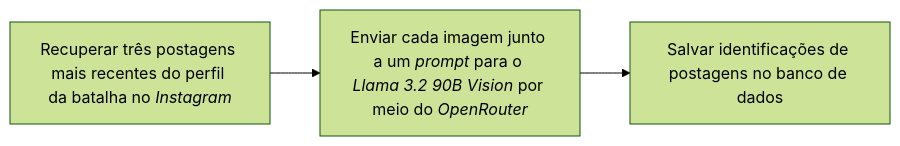
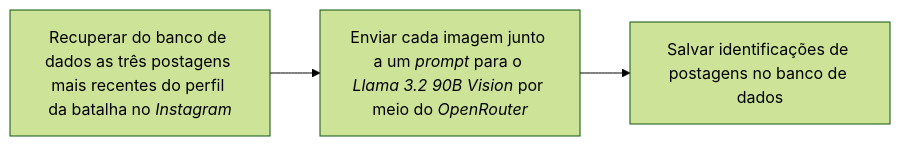
Before and after one commit to ericstefano/mapadabatalha: the second of 5 diagrams in docs/presentation/slides.md, drawn with Mermaid (forest theme). The commit also changed other lines of this file and 2 other files, not shown here.

````diff
--- a/docs/presentation/slides.md
+++ b/docs/presentation/slides.md
@@ -156,4 +159,4 @@
 ```mermaid
 flowchart LR
-  id1[Recuperar três postagens mais recentes do perfil da batalha no <em>Instagram</em>] --> id2[Enviar cada imagem junto a um <em>prompt</em> para o <em>Llama 3.2 90B Vision</em> por meio do <em>OpenRouter</em>] --> id3[Salvar identificações de postagens no banco de dados]
+  id1[Recuperar do banco de dados as três postagens mais recentes do perfil da batalha no <em>Instagram</em>] --> id2[Enviar cada imagem junto a um <em>prompt</em> para o <em>Llama 3.2 90B Vision</em> por meio do <em>OpenRouter</em>] --> id3[Salvar identificações de postagens no banco de dados]
 ```
````
